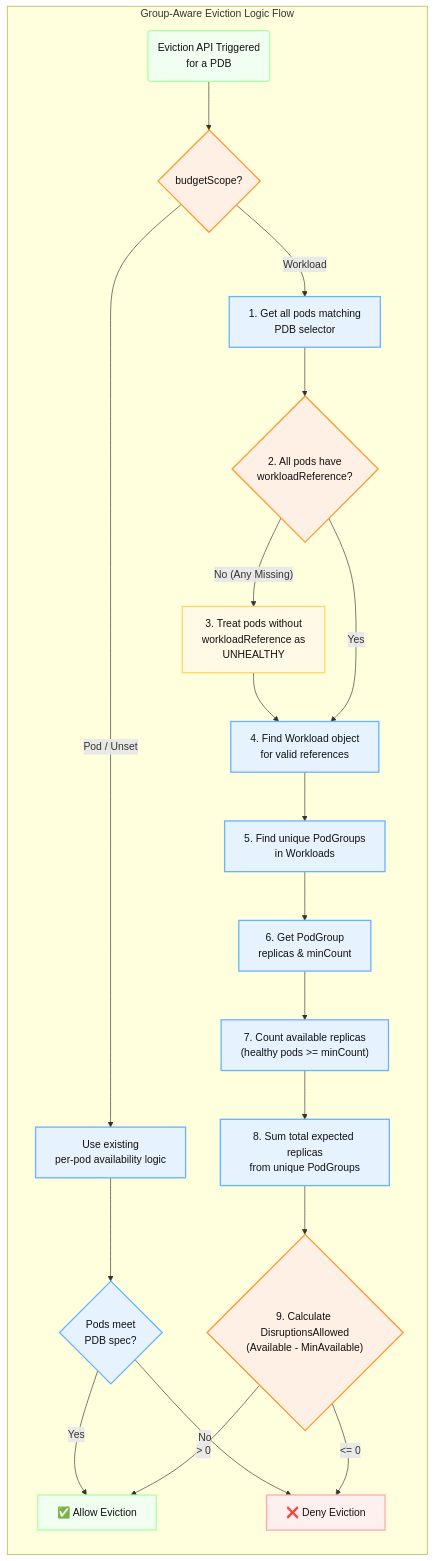
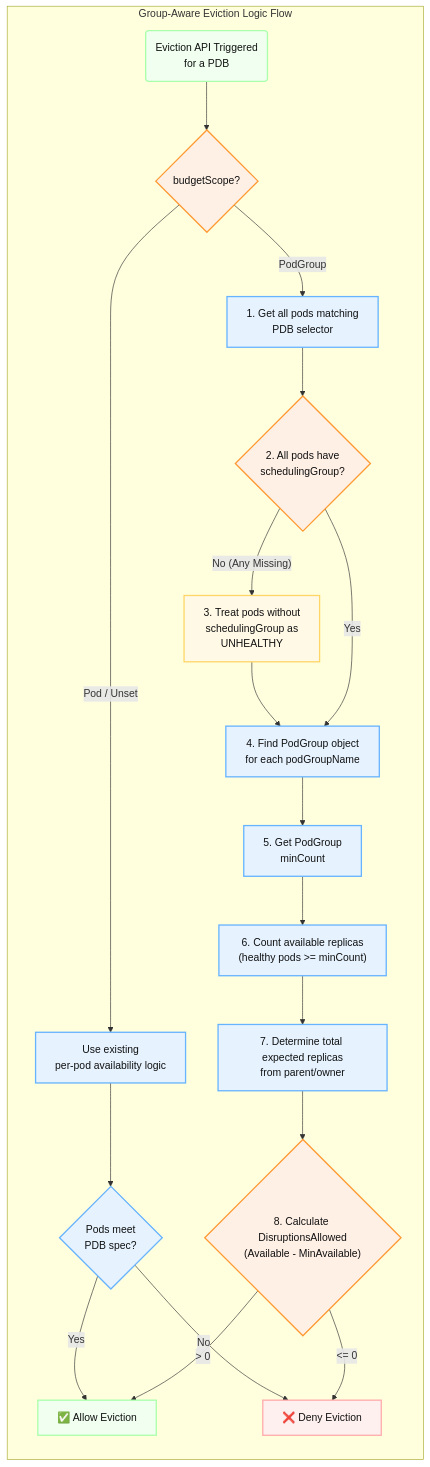
The third of 3 diagrams in keps/sig-apps/5682-pdbs-for-multipod-replicas/README.md (kubernetes/enhancements), drawn with Mermaid before and after one commit. The commit also changed other lines of this file and 1 other file, not shown here.

````diff
--- a/keps/sig-apps/5682-pdbs-for-multipod-replicas/README.md
+++ b/keps/sig-apps/5682-pdbs-for-multipod-replicas/README.md
@@ -716,52 +716,51 @@
 ```mermaid
 graph TD
     %% Define Styles
     classDef decision fill:#fff0e6,stroke:#ff9933,stroke-width:2px,color:#111
     classDef process fill:#e6f3ff,stroke:#66b3ff,stroke-width:2px,color:#111
     classDef startEnd fill:#f0fff0,stroke:#aaffaa,stroke-width:2px,color:#111
     classDef error fill:#fff0f0,stroke:#ffaaaa,stroke-width:2px,color:#111
     classDef warning fill:#fff9e6,stroke:#ffd666,stroke-width:2px,color:#111
 
     subgraph "Group-Aware Eviction Logic Flow"
         direction TB
         
         Start(Eviction API Triggered<br/>for a PDB) --> CheckPolicy{"budgetScope?"}
         
         %% Branch 1: Legacy Path (Pod or Unset)
         CheckPolicy -- "Pod / Unset" --> LegacyLogic[Use existing<br/>per-pod availability logic]
         LegacyLogic --> DecisionLegacy{"Pods meet<br/>PDB spec?"}
         DecisionLegacy -- "Yes" --> Allow[✅ Allow Eviction]
         DecisionLegacy -- "No" --> Deny[❌ Deny Eviction]
 
-        %% Branch 2: New Path (Workload)
-        CheckPolicy -- "Workload" --> GetPods[1. Get all pods matching<br/>PDB selector]
+        %% Branch 2: New Path (PodGroup)
+        CheckPolicy -- "PodGroup" --> GetPods[1. Get all pods matching<br/>PDB selector]
         
-        GetPods --> CheckWorkloadRefs{"2. All pods have<br/>workloadReference?"}
+        GetPods --> CheckSchedulingGroups{"2. All pods have<br/>schedulingGroup?"}
         
         %% Path 2a: Mixed/Missing -> Unhealthy (New strict policy)
-        CheckWorkloadRefs -- "No (Any Missing)" --> MarkUnhealthy[3. Treat pods without<br/>workloadReference as<br/>UNHEALTHY]
+        CheckSchedulingGroups -- "No (Any Missing)" --> MarkUnhealthy[3. Treat pods without<br/>schedulingGroup as<br/>UNHEALTHY]
         class MarkUnhealthy warning
-        MarkUnhealthy --> FindWorkloads
+        MarkUnhealthy --> FindPodGroups
 
         %% Path 2b: All Good
-        CheckWorkloadRefs -- "Yes" --> FindWorkloads[4. Find Workload object<br/>for valid references]
+        CheckSchedulingGroups -- "Yes" --> FindPodGroups[4. Find PodGroup object<br/>for each podGroupName]
 
         %% Continue Group Logic Flow
-        FindWorkloads --> FindPodGroups[5. Find unique PodGroups<br/>in Workloads]
-        FindPodGroups --> GetGroupInfo[6. Get PodGroup<br/>replicas & minCount]
+        FindPodGroups --> GetGroupInfo[5. Get PodGroup<br/>minCount]
         
-        GetGroupInfo --> CountAvailable["7. Count available replicas<br/>(healthy pods >= minCount)"]
+        GetGroupInfo --> CountAvailable["6. Count available replicas<br/>(healthy pods >= minCount)"]
         
-        CountAvailable --> SumTotal[8. Sum total expected replicas<br/>from unique PodGroups]
-        SumTotal --> DecisionNew{"9. Calculate DisruptionsAllowed<br/>(Available - MinAvailable)"}
+        CountAvailable --> DetermineTotal[7. Determine total expected replicas<br/>from parent/owner]
+        DetermineTotal --> DecisionNew{"8. Calculate DisruptionsAllowed<br/>(Available - MinAvailable)"}
         
         DecisionNew -- "> 0" --> Allow
         DecisionNew -- "<= 0" --> Deny
     end
 
     %% Styling
     class Start,Allow,Deny startEnd
     class Deny error
-    class GetPods,LegacyLogic,DecisionLegacy,FindWorkloads,FindPodGroups,GetGroupInfo,CountAvailable,SumTotal process
-    class CheckPolicy,CheckWorkloadRefs,DecisionNew decision
+    class GetPods,LegacyLogic,DecisionLegacy,FindPodGroups,GetGroupInfo,CountAvailable,DetermineTotal process
+    class CheckPolicy,CheckSchedulingGroups,DecisionNew decision
 ```
````
